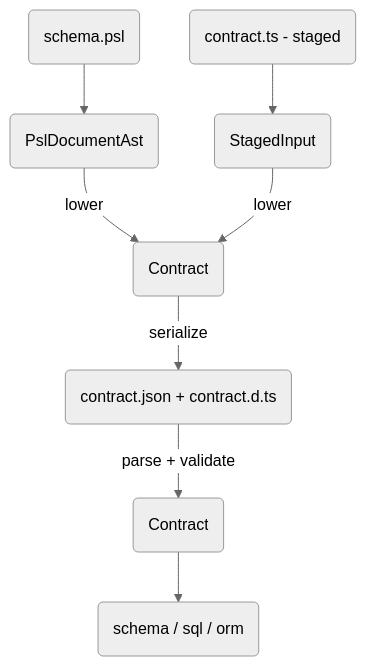
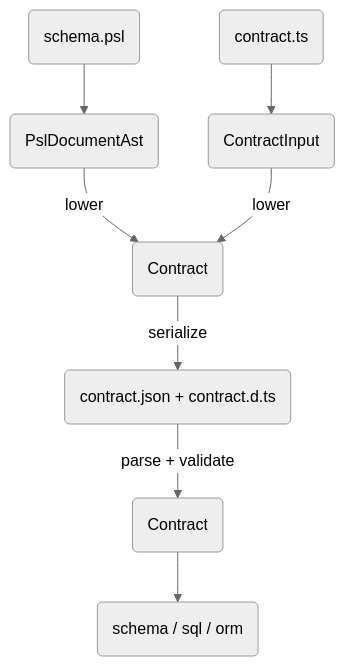
The second of 2 diagrams in docs/architecture docs/adrs/ADR 182 - Unified contract representation.md (prisma/prisma-next), drawn with Mermaid (neutral theme) before and after one commit. The commit also changed other lines of this file and 4 other files, not shown here.

````diff
--- a/docs/architecture docs/adrs/ADR 182 - Unified contract representation.md
+++ b/docs/architecture docs/adrs/ADR 182 - Unified contract representation.md
@@ -66,11 +64,11 @@
 ```mermaid
 graph TD
   PSL(schema.psl) --> AST(PslDocumentAst)
-  TS(contract.ts - staged) --> SCI(StagedInput)
+  TS(contract.ts) --> CI(ContractInput)
   AST -->|lower| Contract
-  SCI -->|lower| Contract
+  CI -->|lower| Contract
   Contract("Contract<Storage, ModelStorage>")
   Contract -->|serialize| JSON(contract.json + contract.d.ts)
   JSON -->|parse + validate| C2(Contract)
   C2 --> CONSUMERS(schema / sql / orm)
 ```
````
